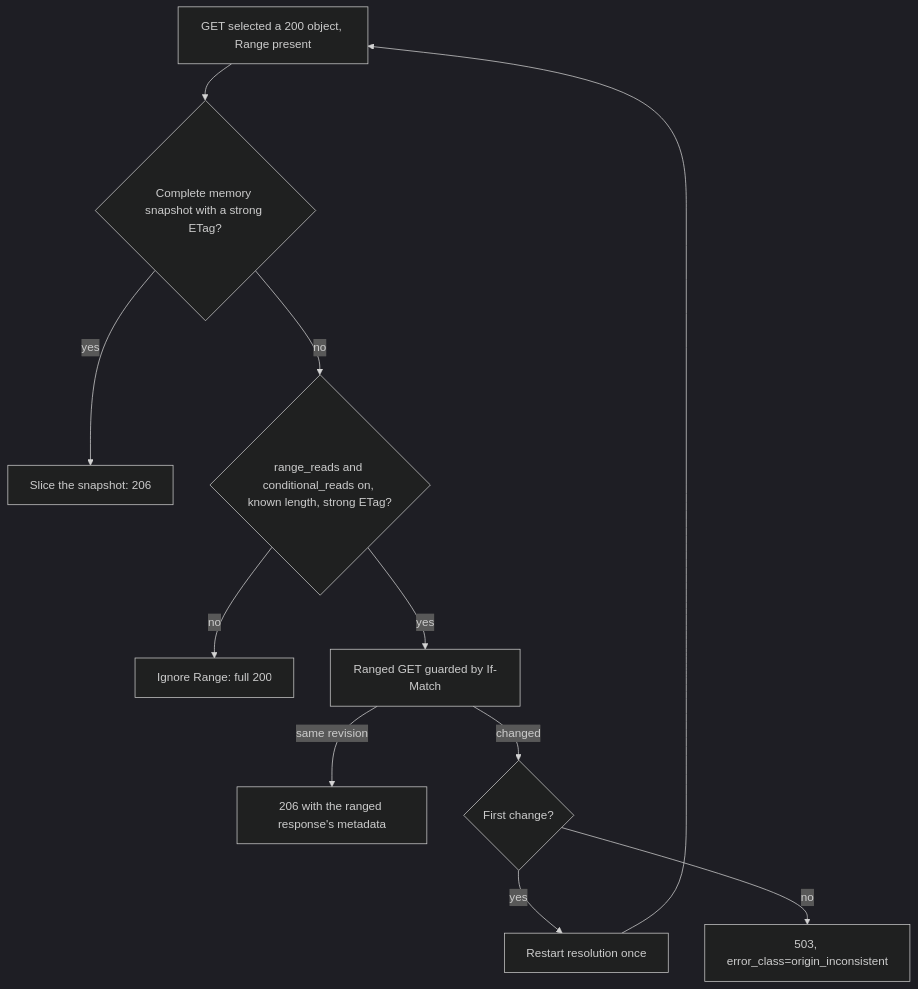
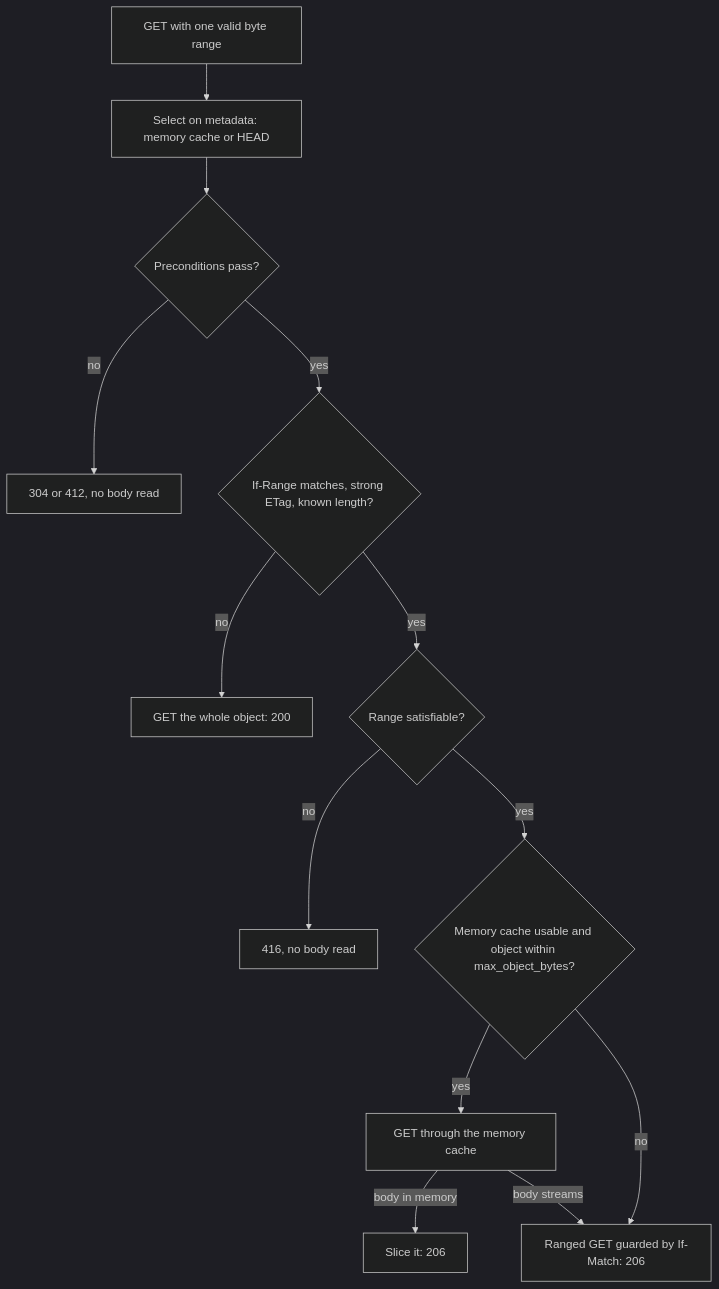
Before and after one commit to gtriggiano/statica: the diagram in docs/architecture/ranges-and-conditionals.md, drawn with Mermaid (dark theme). The commit also changed other lines of this file and 15 other files, not shown here.

````diff
--- a/docs/architecture/ranges-and-conditionals.md
+++ b/docs/architecture/ranges-and-conditionals.md
@@ -57,15 +57,17 @@
 ```mermaid
 flowchart TD
   accTitle: Where a range is served from
-  accDescr: A body held complete in memory with a strong ETag is sliced locally into a 206. A body that streams gets a range only when range_reads and conditional_reads are enabled and the object has a known length and a strong ETag; statica then makes a ranged GET guarded by If-Match and answers 206 with the ranged response's metadata. If the object changed, statica restarts resolution once and answers 503 if it changes again. In every other case it ignores Range and returns the full 200.
-  A["GET selected a 200 object, Range present"] --> B{"Complete memory snapshot with a strong ETag?"}
-  B -->|yes| L["Slice the snapshot: 206"]
-  B -->|no| C{"range_reads and conditional_reads on, known length, strong ETag?"}
-  C -->|no| F["Ignore Range: full 200"]
-  C -->|yes| G["Ranged GET guarded by If-Match"]
-  G -->|"same revision"| P["206 with the ranged response's metadata"]
-  G -->|"changed"| H{"First change?"}
-  H -->|yes| R["Restart resolution once"]
-  R --> A
-  H -->|no| X["503, error_class=origin_inconsistent"]
+  accDescr: statica first selects the object on its metadata, read from the memory cache or with a HEAD, without its body. Failed preconditions are answered with 304 or 412 from that metadata alone. When the range does not apply, because If-Range does not match, the ETag is not strong or the length is unknown, statica reads the whole object and answers 200. An unsatisfiable range that applies gets 416, again without a body read. Otherwise, an object the memory cache can hold is read through the cache and the range is sliced from the body in memory; when that body streams instead, or the object cannot be held in memory, statica makes a ranged GET guarded by If-Match and answers 206.
+  A["GET with one valid byte range"] --> B["Select on metadata: memory cache or HEAD"]
+  B --> C{"Preconditions pass?"}
+  C -->|no| N["304 or 412, no body read"]
+  C -->|yes| D{"If-Range matches, strong ETag, known length?"}
+  D -->|no| F["GET the whole object: 200"]
+  D -->|yes| S{"Range satisfiable?"}
+  S -->|no| U["416, no body read"]
+  S -->|yes| E{"Memory cache usable and object within max_object_bytes?"}
+  E -->|yes| K["GET through the memory cache"]
+  K -->|"body in memory"| L["Slice it: 206"]
+  K -->|"body streams"| G["Ranged GET guarded by If-Match: 206"]
+  E -->|no| G
 ```
````
